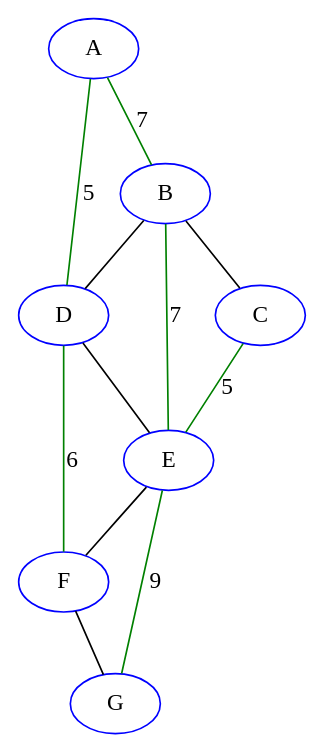
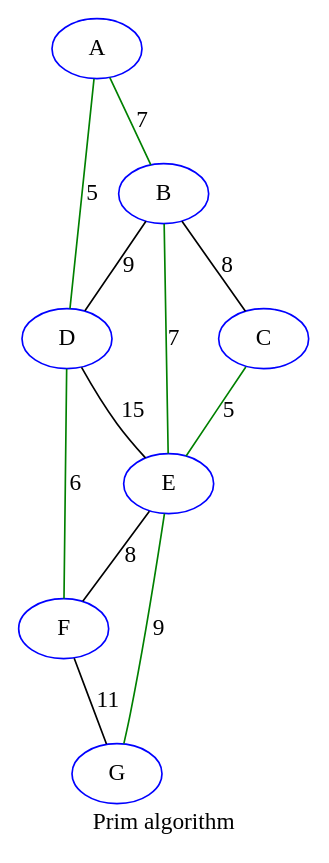
The diagram in AeA/partie2/tp2/prim.dot (sallareznov/m1s2), drawn with Graphviz before and after one commit. The commit also changed 93 other files, not shown here.

Commit message:
[AeA] génération de graphes aléatoires pondérés (modèle Erdos-Renyi)

```diff
--- a/AeA/partie2/tp2/prim.dot
+++ b/AeA/partie2/tp2/prim.dot
@@ -1,20 +1,21 @@
 graph {
+label="Prim algorithm"
 G [color=blue]
 E [color=blue]
 F [color=blue]
 C [color=blue]
 D [color=blue]
 A [color=blue]
 B [color=blue]
-A -- B [color=green, label="7"]
-A -- D [color=green, label="5"]
-B -- C
-B -- D
-B -- E [color=green, label="7"]
-C -- E [color=green, label="5"]
-D -- E
-D -- F [color=green, label="6"]
-E -- F
-E -- G [color=green, label="9"]
-F -- G
+A -- B[label="7",color=green]
+A -- D[label="5",color=green]
+B -- C[label="8"]
+B -- D[label="9"]
+B -- E[label="7",color=green]
+C -- E[label="5",color=green]
+D -- E[label="15"]
+D -- F[label="6",color=green]
+E -- F[label="8"]
+E -- G[label="9",color=green]
+F -- G[label="11"]
 }
```
